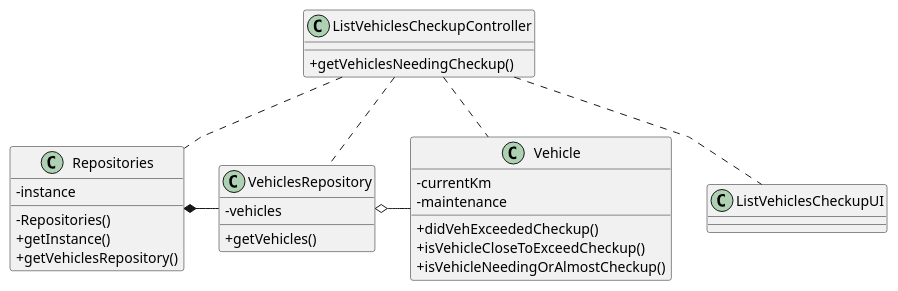
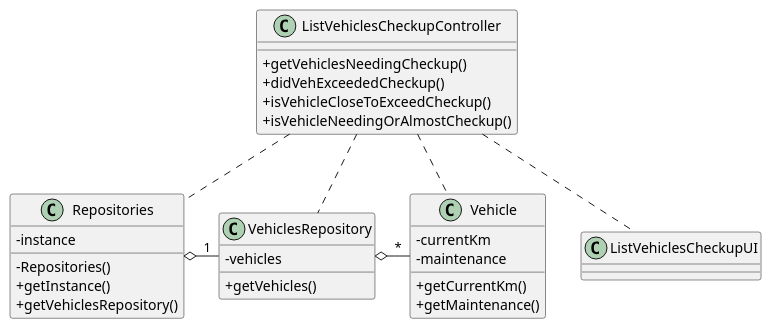
The diagram in docs/sprint2/us008/03.design/puml/us008-class-diagram.puml (1231360-ISEP/lei-24-s2-1db-g021), drawn with PlantUML before and after one commit. The commit also changed 3 other files, not shown here.

Commit message:
Fixing Errors On Class Diagrams

```diff
--- a/docs/sprint2/us008/03.design/puml/us008-class-diagram.puml
+++ b/docs/sprint2/us008/03.design/puml/us008-class-diagram.puml
@@ -1,47 +1,49 @@
 @startuml
 'skinparam monochrome true
 skinparam packageStyle rectangle
 skinparam shadowing false
 skinparam linetype polyline
 'skinparam linetype orto
 
 skinparam classAttributeIconSize 0
 
 'left to right direction
 
 class VehiclesRepository {
     - vehicles
     + getVehicles()
 }
 class Vehicle {
     - currentKm
     - maintenance
-    + didVehExceededCheckup()
-    + isVehicleCloseToExceedCheckup()
-    + isVehicleNeedingOrAlmostCheckup()
+    + getCurrentKm()
+    + getMaintenance()
 }
 
 class Repositories {
     - instance
     - Repositories()
     + getInstance()
     + getVehiclesRepository()
 }
 
 class ListVehiclesCheckupController {
     + getVehiclesNeedingCheckup()
+    + didVehExceededCheckup()
+    + isVehicleCloseToExceedCheckup()
+    + isVehicleNeedingOrAlmostCheckup()
 }
 
 class ListVehiclesCheckupUI {
 }
 
-Repositories *- VehiclesRepository
+Repositories o- "1" VehiclesRepository
 
-VehiclesRepository o- Vehicle
+VehiclesRepository o- "*" Vehicle
 
 ListVehiclesCheckupController .. ListVehiclesCheckupUI
 ListVehiclesCheckupController .. Repositories
 ListVehiclesCheckupController .. VehiclesRepository
 ListVehiclesCheckupController .. Vehicle
 
 @enduml
```
